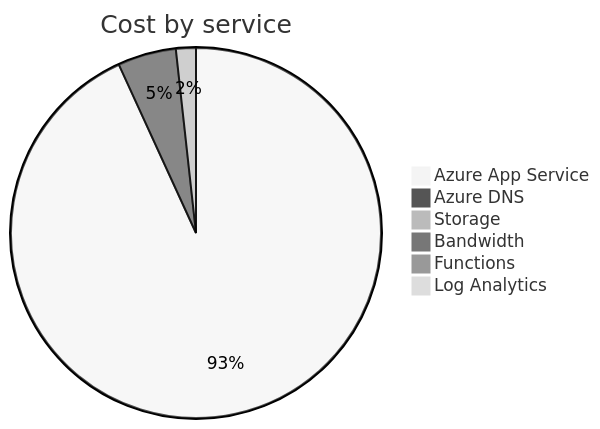
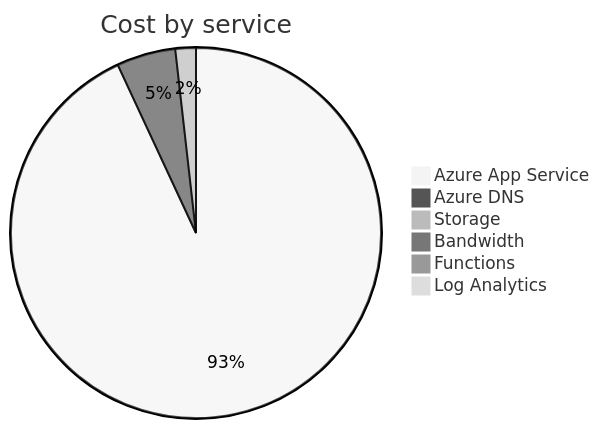
Before and after one commit to jpfulton/azure-personal-reports: the second of 4 diagrams in cost-reports/accumulated-cost.md, drawn with Mermaid (neutral theme). The commit also changed other lines of this file and 4 other files, not shown here.

````diff
--- a/cost-reports/accumulated-cost.md
+++ b/cost-reports/accumulated-cost.md
@@ -100,10 +100,10 @@
 ```mermaid
 pie
    title Cost by service
-   "Azure App Service" : 14.99
-   "Azure DNS" : 0.82
-   "Storage" : 0.28
+   "Azure App Service" : 15.58
+   "Azure DNS" : 0.86
+   "Storage" : 0.30
    "Bandwidth" : 0.00
    "Functions" : 0.00
    "Log Analytics" : 0.00
 ```
````
